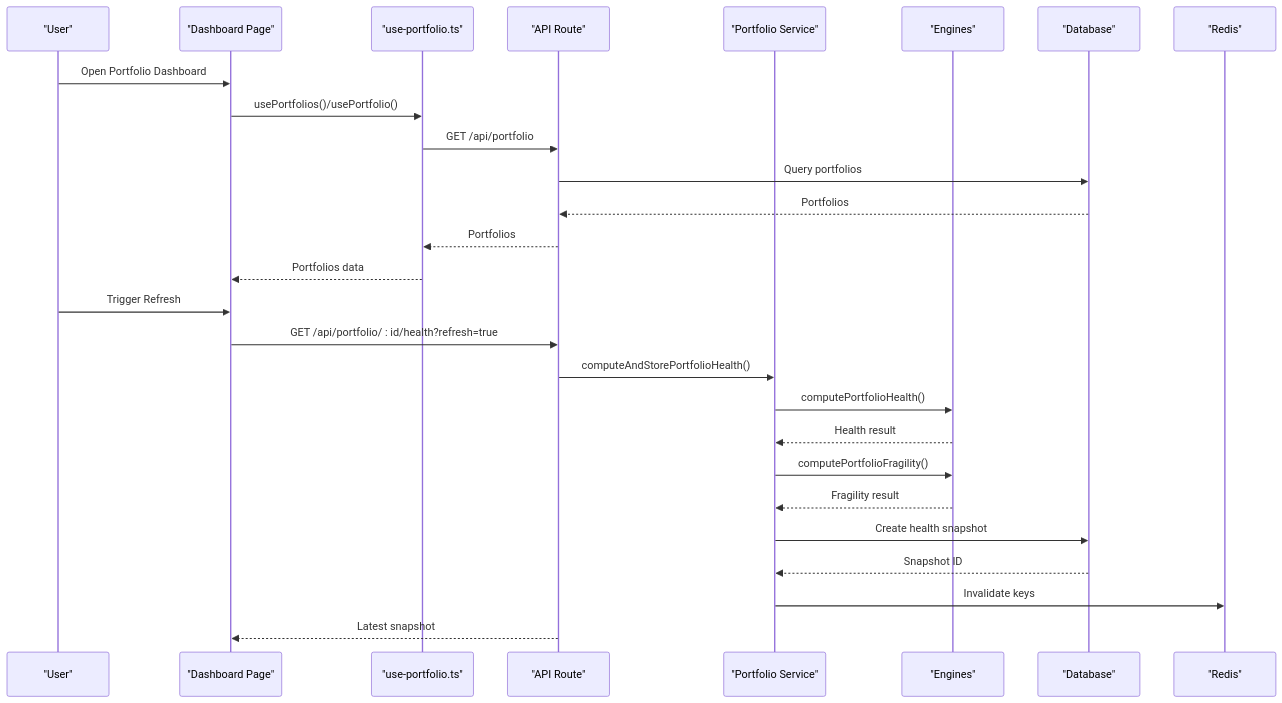
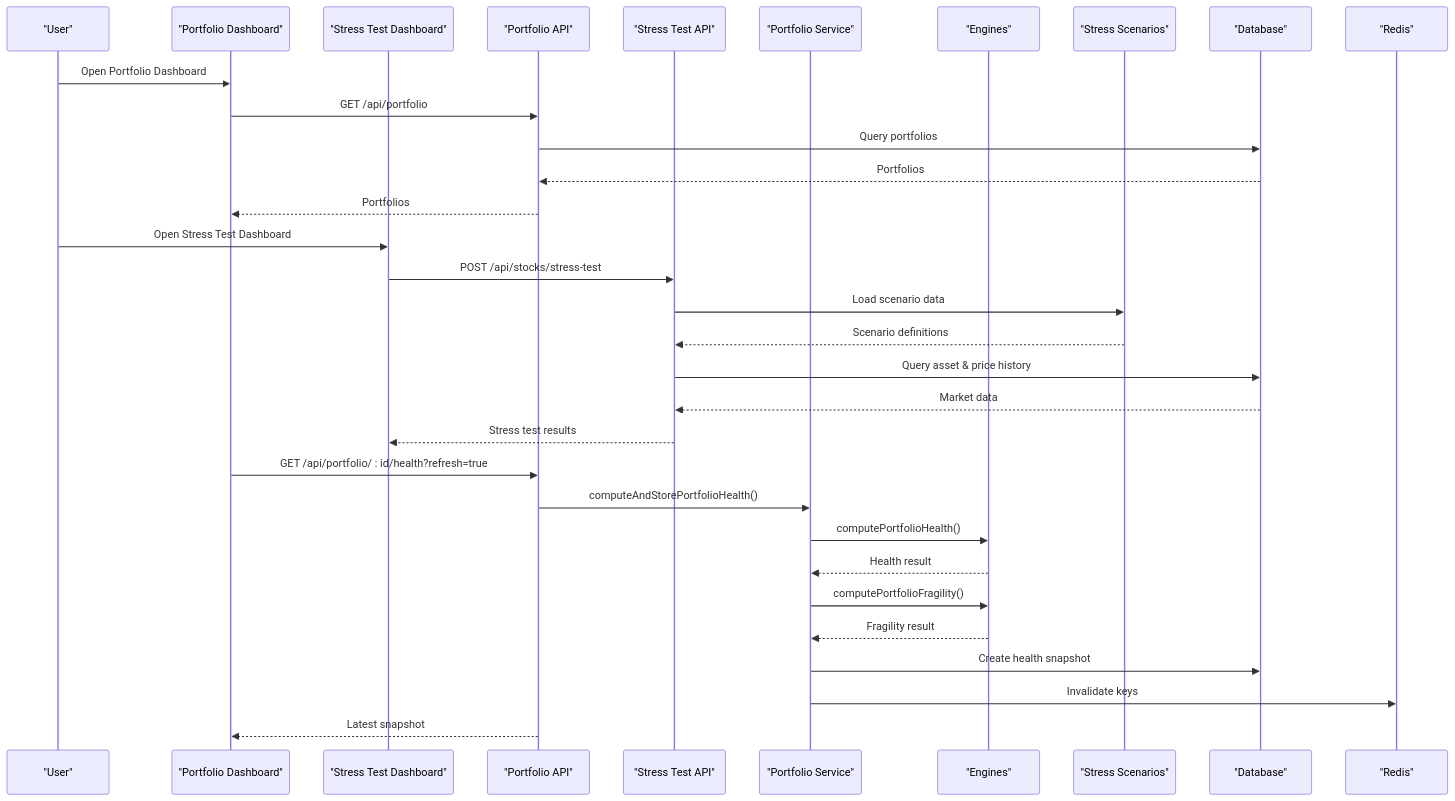
The second of 12 diagrams in .qoder/repowiki/en/content/Core Features/Portfolio Management/Portfolio Management.md (ecryptoguru/lyraalpha), drawn with Mermaid before and after one commit. The commit also changed other lines of this file and 95 other files, not shown here.

````diff
--- a/.qoder/repowiki/en/content/Core Features/Portfolio Management/Portfolio Management.md
+++ b/.qoder/repowiki/en/content/Core Features/Portfolio Management/Portfolio Management.md
@@ -121,29 +156,34 @@
 ```mermaid
 sequenceDiagram
 participant User as "User"
-participant UI as "Dashboard Page"
-participant Hook as "use-portfolio.ts"
-participant API as "API Route"
-participant Svc as "Portfolio Service"
-participant Eng as "Engines"
+participant PortfolioUI as "Portfolio Dashboard"
+participant StressUI as "Stress Test Dashboard"
+participant PortfolioAPI as "Portfolio API"
+participant StressAPI as "Stress Test API"
+participant Service as "Portfolio Service"
+participant Engines as "Engines"
+participant StressScenarios as "Stress Scenarios"
 participant DB as "Database"
 participant Cache as "Redis"
-User->>UI : Open Portfolio Dashboard
-UI->>Hook : usePortfolios()/usePortfolio()
-Hook->>API : GET /api/portfolio
-API->>DB : Query portfolios
-DB-->>API : Portfolios
-API-->>Hook : Portfolios
-Hook-->>UI : Portfolios data
-User->>UI : Trigger Refresh
-UI->>API : GET /api/portfolio/ : id/health?refresh=true
-API->>Svc : computeAndStorePortfolioHealth()
-Svc->>Eng : computePortfolioHealth()
-Eng-->>Svc : Health result
-Svc->>Eng : computePortfolioFragility()
-Eng-->>Svc : Fragility result
-Svc->>DB : Create health snapshot
-DB-->>Svc : Snapshot ID
-Svc->>Cache : Invalidate keys
-API-->>UI : Latest snapshot
+User->>PortfolioUI : Open Portfolio Dashboard
+PortfolioUI->>PortfolioAPI : GET /api/portfolio
+PortfolioAPI->>DB : Query portfolios
+DB-->>PortfolioAPI : Portfolios
+PortfolioAPI-->>PortfolioUI : Portfolios
+User->>StressUI : Open Stress Test Dashboard
+StressUI->>StressAPI : POST /api/stocks/stress-test
+StressAPI->>StressScenarios : Load scenario data
+StressScenarios-->>StressAPI : Scenario definitions
+StressAPI->>DB : Query asset & price history
+DB-->>StressAPI : Market data
+StressAPI-->>StressUI : Stress test results
+PortfolioUI->>PortfolioAPI : GET /api/portfolio/ : id/health?refresh=true
+PortfolioAPI->>Service : computeAndStorePortfolioHealth()
+Service->>Engines : computePortfolioHealth()
+Engines-->>Service : Health result
+Service->>Engines : computePortfolioFragility()
+Engines-->>Service : Fragility result
+Service->>DB : Create health snapshot
+Service->>Cache : Invalidate keys
+PortfolioAPI-->>PortfolioUI : Latest snapshot
 ```
````
